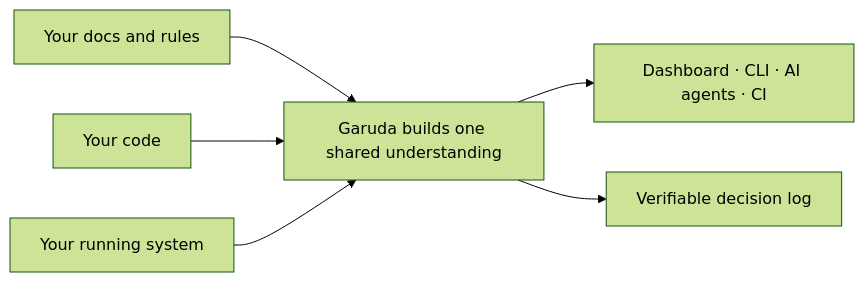
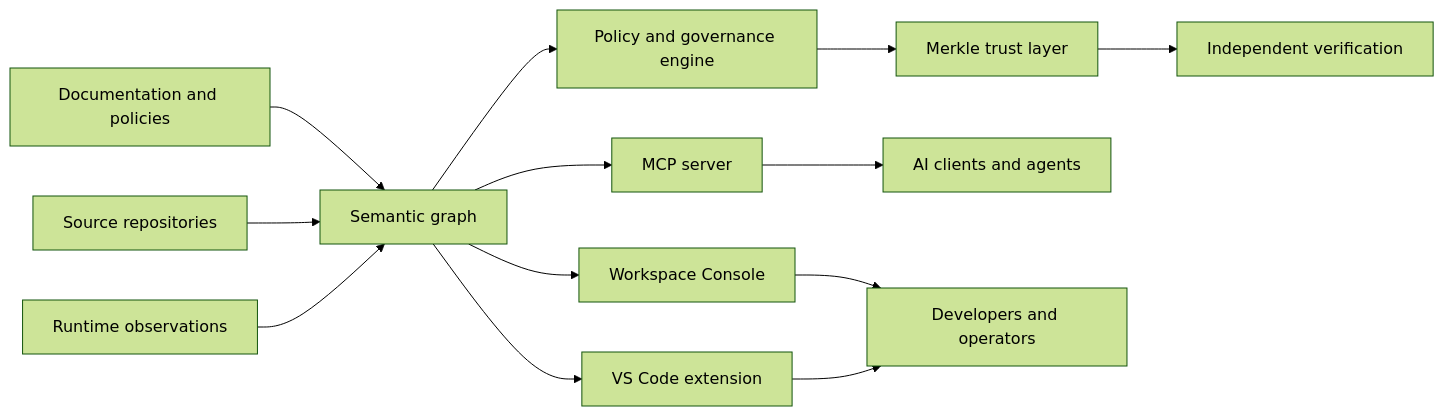
Before and after one commit to myshra777-ai/garuda: the second of 2 diagrams in README.md, drawn with Mermaid (forest theme). The commit also changed other lines of this file and 5 other files, not shown here.

````diff
--- a/README.md
+++ b/README.md
@@ -440,9 +466,15 @@
 ```mermaid
 flowchart LR
-    DOCS["Your docs and rules"] --> GARUDA
-    CODE["Your code"] --> GARUDA
-    RUNTIME["Your running system"] --> GARUDA
-    GARUDA["Garuda builds one shared understanding"]
-    GARUDA --> VIEWS["Dashboard · CLI · AI agents · CI"]
-    GARUDA --> RECORD["Verifiable decision log"]
+    DOCS["Documentation and policies"] --> GRAPH["Semantic graph"]
+    CODE["Source repositories"] --> GRAPH
+    RUNTIME["Runtime observations"] --> GRAPH
+    GRAPH --> POLICY["Policy and governance engine"]
+    GRAPH --> MCP["MCP server"]
+    GRAPH --> CONSOLE["Workspace Console"]
+    GRAPH --> IDE["VS Code extension"]
+    POLICY --> LEDGER["Merkle trust layer"]
+    MCP --> AGENTS["AI clients and agents"]
+    CONSOLE --> DEVELOPERS["Developers and operators"]
+    IDE --> DEVELOPERS
+    LEDGER --> VERIFY["Independent verification"]
 ```
````
